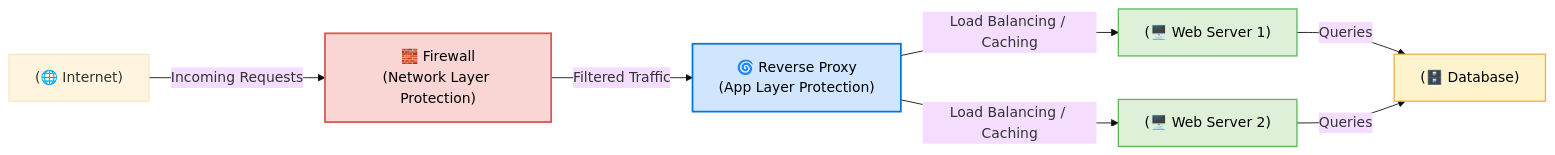
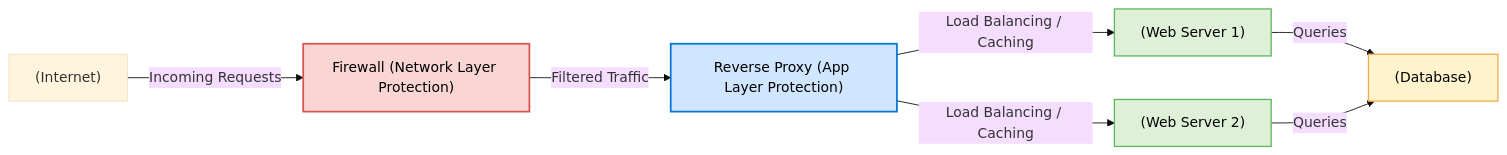
One commit to Charikshith/Learing_System_Design changed the tenth of 14 diagrams in System_Design/10 - Security in System Design – Principles, Practices & Protocols.md. Above: the diagram before and after it, drawn with Mermaid (base theme). The commit also changed other lines of this file and 41 other files, not shown here.

````diff
--- a/System_Design/10 - Security in System Design – Principles, Practices & Protocols.md
+++ b/System_Design/10 - Security in System Design – Principles, Practices & Protocols.md
@@ -1217,24 +800,22 @@
 ```mermaid
 flowchart LR
-    Internet["(🌐 Internet)"]
-    Firewall["🧱 Firewall<br/>(Network Layer Protection)"]
-    ReverseProxy["🌀 Reverse Proxy<br/>(App Layer Protection)"]
-    WebServer1["(🖥️ Web Server 1)"]
-    WebServer2["(🖥️ Web Server 2)"]
-    Database["(🗄️ Database)"]
+    Internet["(Internet)"]
+    Firewall["Firewall (Network Layer Protection)"]
+    ReverseProxy["Reverse Proxy (App Layer Protection)"]
+    WebServer1["(Web Server 1)"]
+    WebServer2["(Web Server 2)"]
+    Database["(Database)"]
 
     Internet -->|Incoming Requests| Firewall
     Firewall -->|Filtered Traffic| ReverseProxy
-    ReverseProxy -->|"Load Balancing / Caching"| WebServer1
-    ReverseProxy -->|"Load Balancing / Caching"| WebServer2
+    ReverseProxy -->|Load Balancing / Caching| WebServer1
+    ReverseProxy -->|Load Balancing / Caching| WebServer2
     WebServer1 -->|Queries| Database
     WebServer2 -->|Queries| Database
 
-    %% Styles
     style Firewall fill:#f9d5d3,stroke:#d9534f,stroke-width:2px,color:black;
     style ReverseProxy fill:#d0e6ff,stroke:#0275d8,stroke-width:2px,color:black;
     style WebServer1 fill:#dff0d8,stroke:#5cb85c,stroke-width:1.5px,color:black;
     style WebServer2 fill:#dff0d8,stroke:#5cb85c,stroke-width:1.5px,color:black;
     style Database fill:#fff3cd,stroke:#f0ad4e,stroke-width:1.5px,color:black;
-
 ```
````
